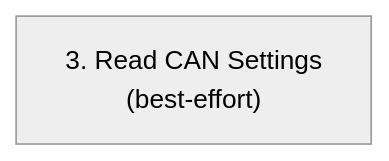
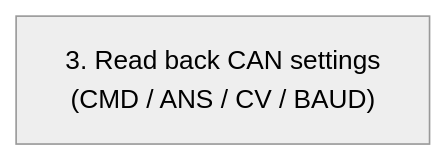
The fourth of 12 diagrams in README.md (me-systeme/StartupCAN), drawn with Mermaid (neutral theme) before and after one commit. The commit also changed other lines of this file and 3 other files, not shown here.

````diff
--- a/README.md
+++ b/README.md
@@ -466,4 +489,4 @@
 ```mermaid
 flowchart TD
-A["3. Read CAN Settings<br/>(best-effort)"]
+A["3. Read back CAN settings<br/>(CMD / ANS / CV / BAUD)"]
 ``` 
````
